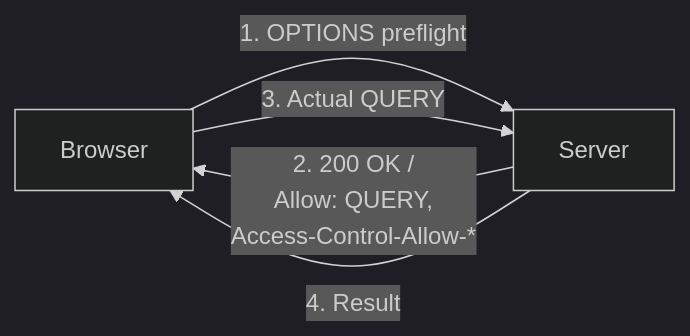
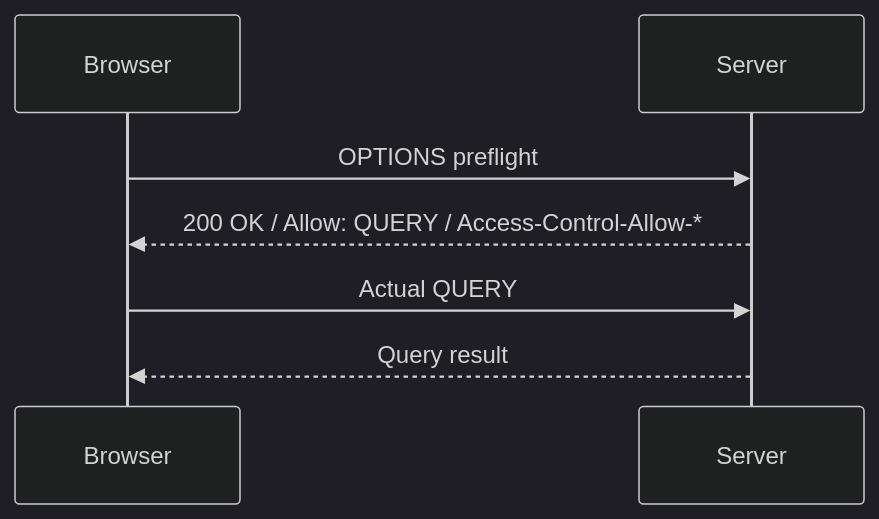
The eighth of 9 diagrams in content/articles/http-query-method/index.md (dyotamo/blog), drawn with Mermaid (dark theme) before and after one commit. The commit also changed other lines of this file and 26 other files, not shown here.

````diff
--- a/content/articles/http-query-method/index.md
+++ b/content/articles/http-query-method/index.md
@@ -321,7 +332,9 @@
 ```mermaid
-graph LR
-    Browser -->|1. OPTIONS preflight| Server
-    Server -->|2. 200 OK /<br/>Allow: QUERY,<br/>Access-Control-Allow-*| Browser
-    Browser -->|3. Actual QUERY| Server
-    Server -->|4. Result| Browser
+sequenceDiagram
+    participant Browser
+    participant Server
+    Browser->>Server: OPTIONS preflight
+    Server-->>Browser: 200 OK / Allow: QUERY / Access-Control-Allow-*
+    Browser->>Server: Actual QUERY
+    Server-->>Browser: Query result
 ```
````
